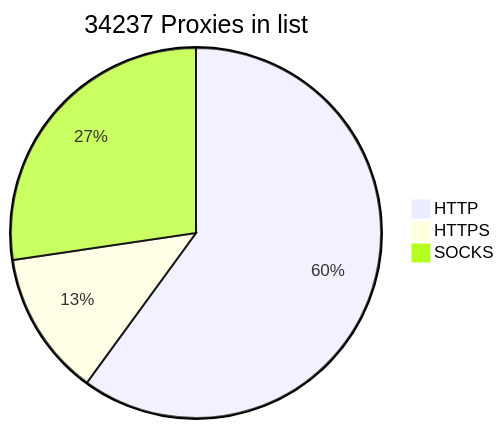
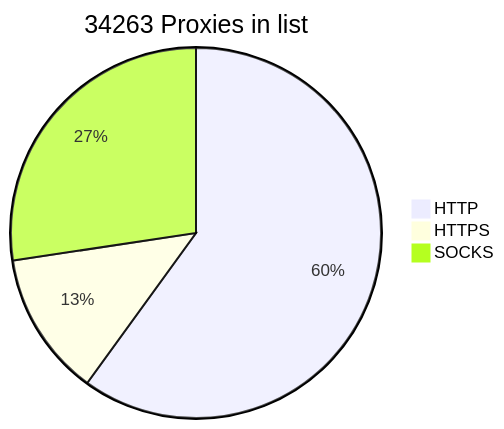
Before and after one commit to BlackSnowDot/proxylist-update-every-minute: the diagram in README.md, drawn with Mermaid.

````diff
--- a/README.md
+++ b/README.md
@@ -2,6 +2,6 @@
 ```mermaid
-pie title 34237 Proxies in list
-    "HTTP" : 22767
+pie title 34263 Proxies in list
+    "HTTP" : 22768
     "HTTPS": 4796
-    "SOCKS" : 10367
+    "SOCKS" : 10392
 ```
````
